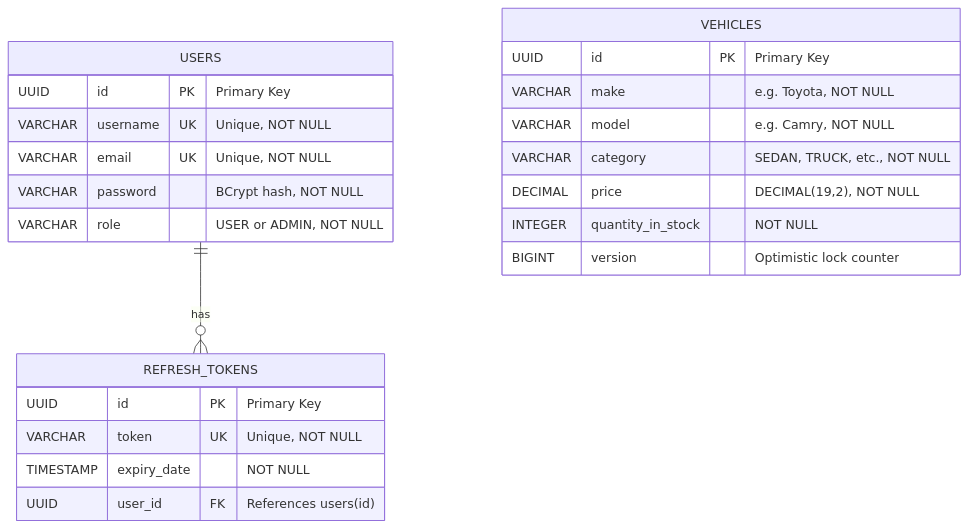
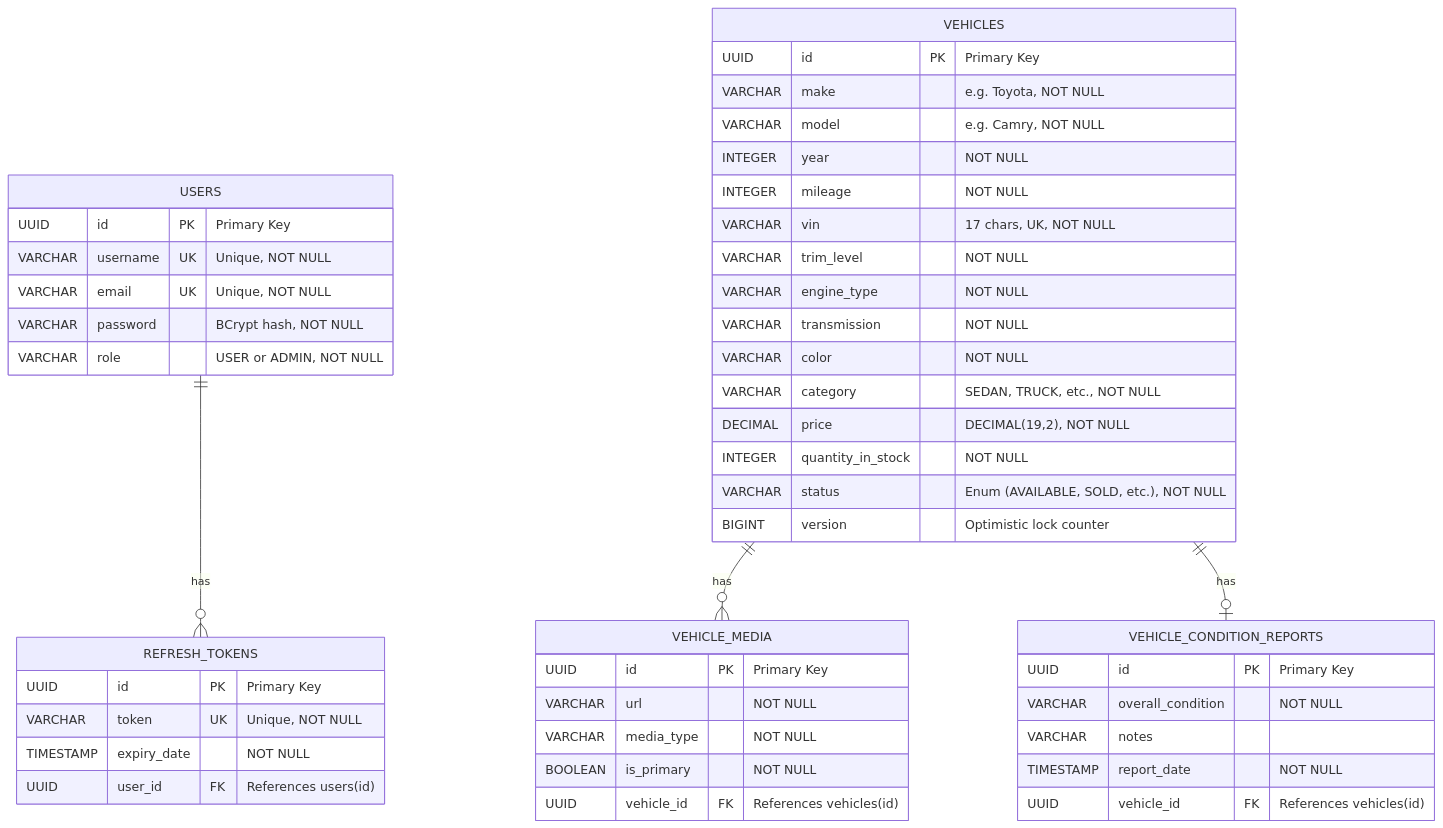
Before and after one commit to henil-suchak/car-dealership-inventory-system: the first of 2 diagrams in docs/DATABASE_DESIGN.md, drawn with Mermaid. The commit also changed other lines of this file and 4 other files, not shown here.

````diff
--- a/docs/DATABASE_DESIGN.md
+++ b/docs/DATABASE_DESIGN.md
@@ -36,29 +36,55 @@
 ```mermaid
 erDiagram
     USERS {
         UUID id PK "Primary Key"
         VARCHAR username UK "Unique, NOT NULL"
         VARCHAR email UK "Unique, NOT NULL"
         VARCHAR password "BCrypt hash, NOT NULL"
         VARCHAR role "USER or ADMIN, NOT NULL"
     }
 
     VEHICLES {
         UUID id PK "Primary Key"
         VARCHAR make "e.g. Toyota, NOT NULL"
         VARCHAR model "e.g. Camry, NOT NULL"
+        INTEGER year "NOT NULL"
+        INTEGER mileage "NOT NULL"
+        VARCHAR vin "17 chars, UK, NOT NULL"
+        VARCHAR trim_level "NOT NULL"
+        VARCHAR engine_type "NOT NULL"
+        VARCHAR transmission "NOT NULL"
+        VARCHAR color "NOT NULL"
         VARCHAR category "SEDAN, TRUCK, etc., NOT NULL"
         DECIMAL price "DECIMAL(19,2), NOT NULL"
         INTEGER quantity_in_stock "NOT NULL"
+        VARCHAR status "Enum (AVAILABLE, SOLD, etc.), NOT NULL"
         BIGINT version "Optimistic lock counter"
+    }
+
+    VEHICLE_MEDIA {
+        UUID id PK "Primary Key"
+        VARCHAR url "NOT NULL"
+        VARCHAR media_type "NOT NULL"
+        BOOLEAN is_primary "NOT NULL"
+        UUID vehicle_id FK "References vehicles(id)"
+    }
+
+    VEHICLE_CONDITION_REPORTS {
+        UUID id PK "Primary Key"
+        VARCHAR overall_condition "NOT NULL"
+        VARCHAR notes
+        TIMESTAMP report_date "NOT NULL"
+        UUID vehicle_id FK "References vehicles(id)"
     }
 
     REFRESH_TOKENS {
         UUID id PK "Primary Key"
         VARCHAR token UK "Unique, NOT NULL"
         TIMESTAMP expiry_date "NOT NULL"
         UUID user_id FK "References users(id)"
     }
 
     USERS ||--o{ REFRESH_TOKENS : "has"
+    VEHICLES ||--o{ VEHICLE_MEDIA : "has"
+    VEHICLES ||--o| VEHICLE_CONDITION_REPORTS : "has"
 ```
````
